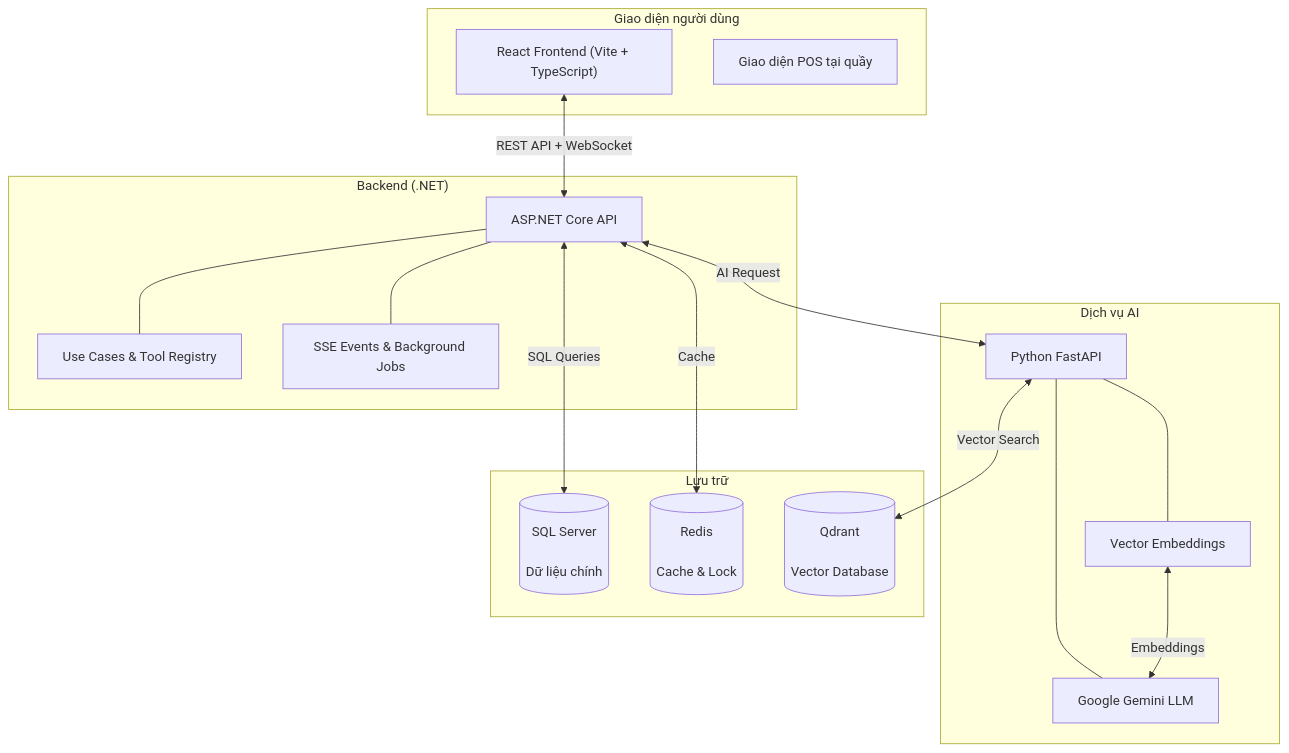
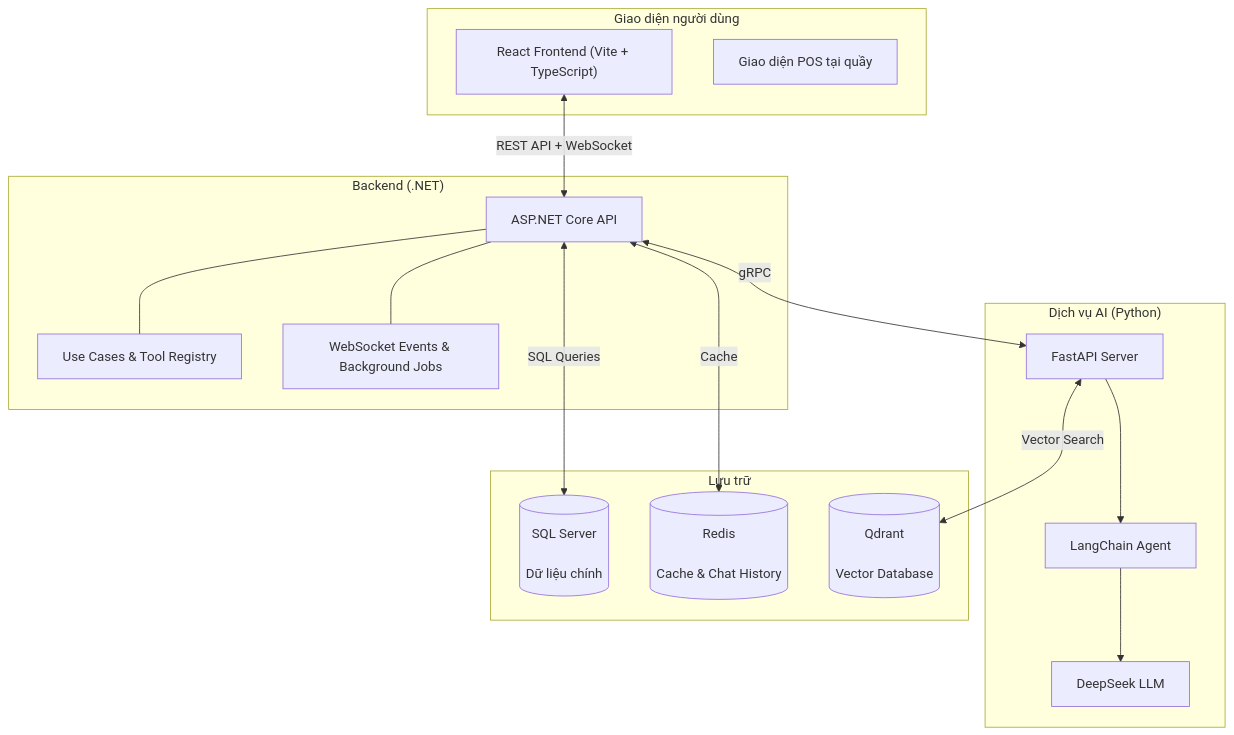
Before and after one commit to duc19092005/galaxiad-cinema-core: the diagram in README.md, drawn with Mermaid. The commit also changed other lines of this file and 2 other files, not shown here.

Commit message:
docs: update root READMEs (3 languages) + fix LangChain diagram & WebSocket
- Add root README.en.md and README.ru.md
- Fix VI README: DeepSeek instead of Gemini, add LangChain Agent, gRPC
- Fix mermaid diagrams: LangChain Agent as central orchestrator → DeepSeek LLM
- Fix Real-time column: WebSocket (not SSE)
- Update .env example to DEEPSEEK_API_KEY
- Add Backend README links to root docs section

````diff
--- a/README.md
+++ b/README.md
@@ -17,42 +17,41 @@
 ```mermaid
 flowchart TD
     subgraph Client["Giao diện người dùng"]
         FE["React Frontend (Vite + TypeScript)"]
         POS["Giao diện POS tại quầy"]
     end
 
     subgraph Backend["Backend (.NET)"]
         API["ASP.NET Core API"]
         UC["Use Cases & Tool Registry"]
-        Hubs["SSE Events & Background Jobs"]
+        Hubs["WebSocket Events & Background Jobs"]
         API --- UC
         API --- Hubs
     end
 
-    subgraph AI["Dịch vụ AI"]
-        FastAPI["Python FastAPI"]
-        Gemini["Google Gemini LLM"]
-        Embedder["Vector Embeddings"]
-        FastAPI --- Gemini
-        FastAPI --- Embedder
+    subgraph AI["Dịch vụ AI (Python)"]
+        FastAPI["FastAPI Server"]
+        LangChain["LangChain Agent"]
+        DeepSeek["DeepSeek LLM"]
+        FastAPI --> LangChain
+        LangChain --> DeepSeek
     end
 
     subgraph Storage["Lưu trữ"]
         SQL[("SQL Server
-    
+
     Dữ liệu chính")]
         Redis[("Redis
-    
-    Cache & Lock")]
+
+    Cache & Chat History")]
         Qdrant[("Qdrant
-    
+
     Vector Database")]
     end
 
     FE <-->|"REST API + WebSocket"| API
     API <-->|"SQL Queries"| SQL
     API <-->|"Cache"| Redis
-    API <-->|"AI Request"| FastAPI
+    API <-->|"gRPC"| FastAPI
     FastAPI <-->|"Vector Search"| Qdrant
-    Embedder <-->|"Embeddings"| Gemini
 ```
````
